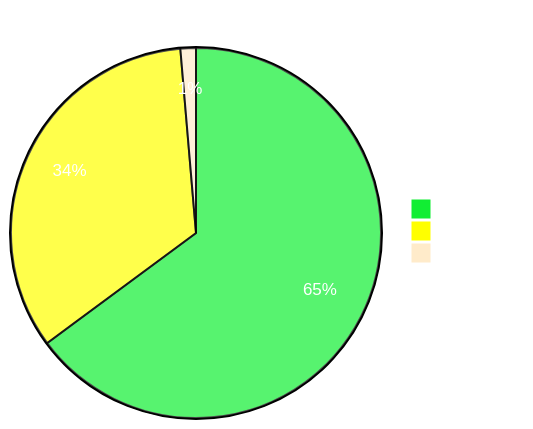
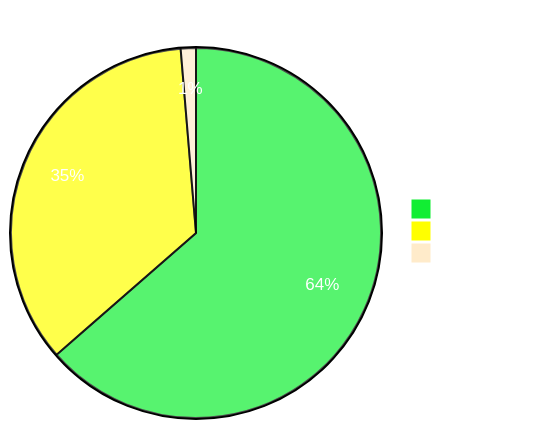
One commit to sumanthtatipamula/Programming changed the diagram in Readme.md. Above: the diagram before and after it, drawn with Mermaid. The commit also changed 6 other files, not shown here.

````diff
--- a/Readme.md
+++ b/Readme.md
@@ -23,20 +23,20 @@
 ```mermaid
 %%{
   init:
   {
     'theme': 'base',
     'themeVariables':
       {
         'primaryTextColor': '#fff',
         'pie1': '#1E3',
         'pie2': '#FFFF00',
         'pie3': '#ffebca'
       }
   }
 }%%
 pie showData
     title Problems Solved Per Tag
     "Tree" : 96
-    "Graphs": 50
+    "Graphs": 53
     "Arrays": 2
 ```
````
